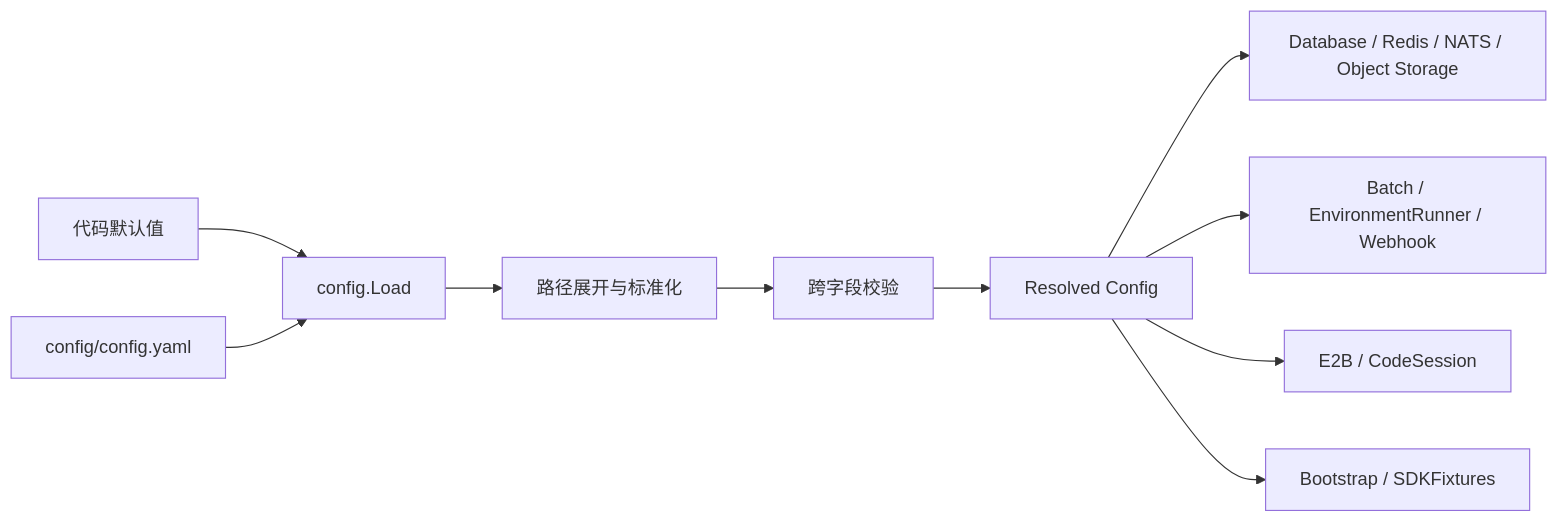
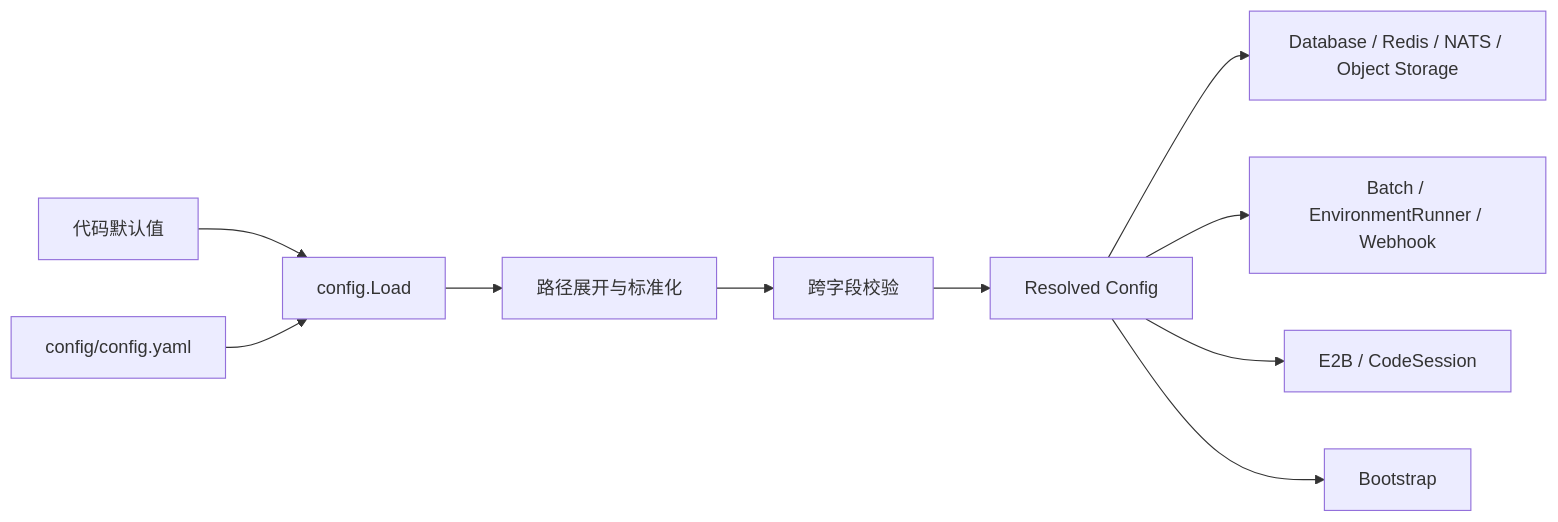
Before and after one commit to superduck-ai/open-managed-agents: the first of 2 diagrams in docs/design/be/runtime-configuration.md, drawn with Mermaid. The commit also changed other lines of this file and 27 other files, not shown here.

````diff
--- a/docs/design/be/runtime-configuration.md
+++ b/docs/design/be/runtime-configuration.md
@@ -7,12 +7,12 @@
 ```mermaid
 flowchart LR
     defaults["代码默认值"] --> loader["config.Load"]
     yaml["config/config.yaml"] --> loader
     loader --> paths["路径展开与标准化"]
     paths --> validation["跨字段校验"]
     validation --> resolved["Resolved Config"]
     resolved --> infrastructure["Database / Redis / NATS / Object Storage"]
     resolved --> workers["Batch / EnvironmentRunner / Webhook"]
     resolved --> runtime["E2B / CodeSession"]
-    resolved --> compatibility["Bootstrap / SDKFixtures"]
+    resolved --> compatibility["Bootstrap"]
 ```
````
